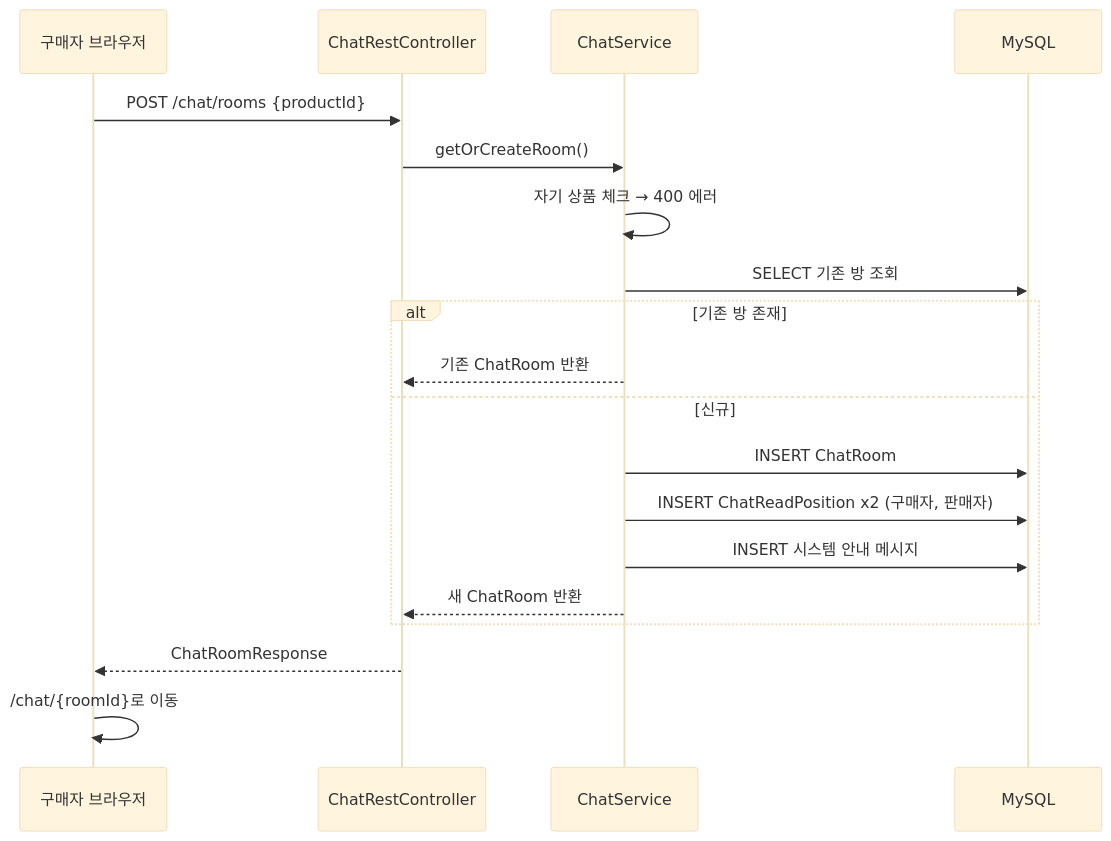
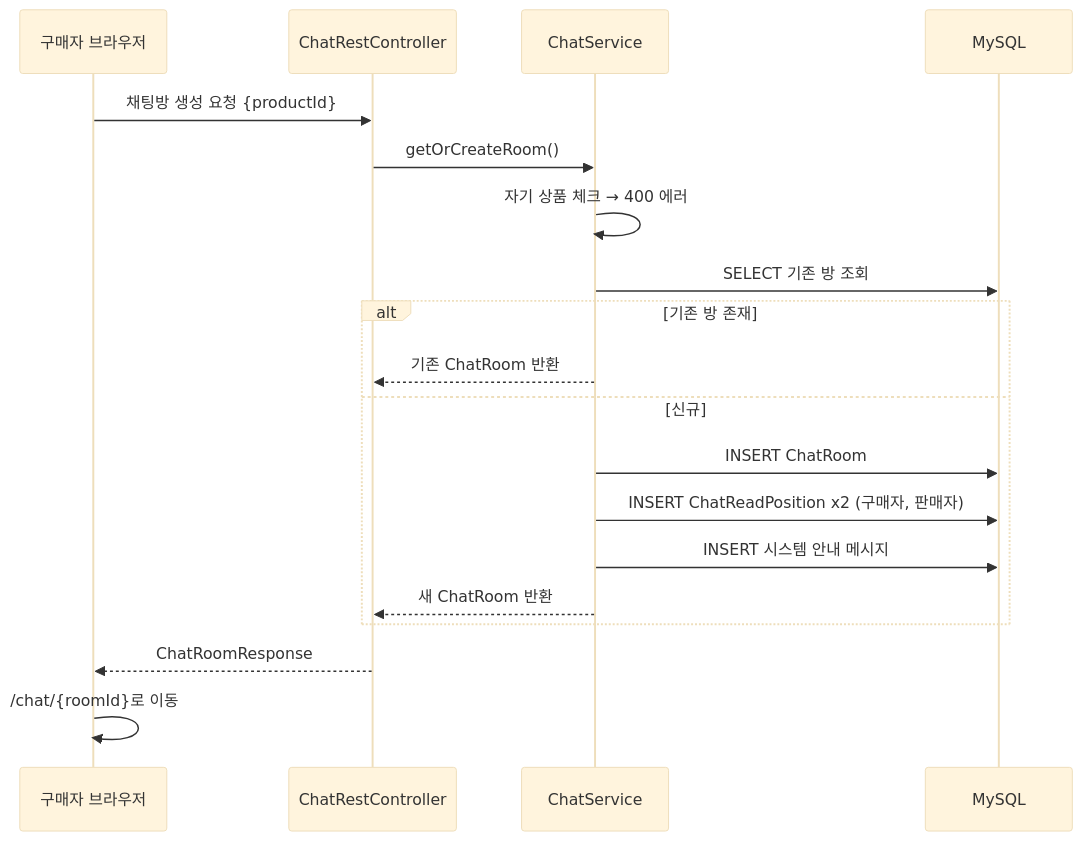
One commit to cherry-market/cherry-architecture changed the second of 8 diagrams in architecture/chat-domain.md. Above: the diagram before and after it, drawn with Mermaid (base theme). The commit also changed other lines of this file and 6 other files, not shown here.

````diff
--- a/architecture/chat-domain.md
+++ b/architecture/chat-domain.md
@@ -97,22 +97,22 @@
 ```mermaid
 sequenceDiagram
     participant B as 구매자 브라우저
     participant API as ChatRestController
     participant SVC as ChatService
     participant DB as MySQL
 
-    B->>API: POST /chat/rooms {productId}
+    B->>API: 채팅방 생성 요청 {productId}
     API->>SVC: getOrCreateRoom()
     SVC->>SVC: 자기 상품 체크 → 400 에러
     SVC->>DB: SELECT 기존 방 조회
     alt 기존 방 존재
         SVC-->>API: 기존 ChatRoom 반환
     else 신규
         SVC->>DB: INSERT ChatRoom
         SVC->>DB: INSERT ChatReadPosition x2 (구매자, 판매자)
         SVC->>DB: INSERT 시스템 안내 메시지
         SVC-->>API: 새 ChatRoom 반환
     end
     API-->>B: ChatRoomResponse
     B->>B: /chat/{roomId}로 이동
 ```
````
